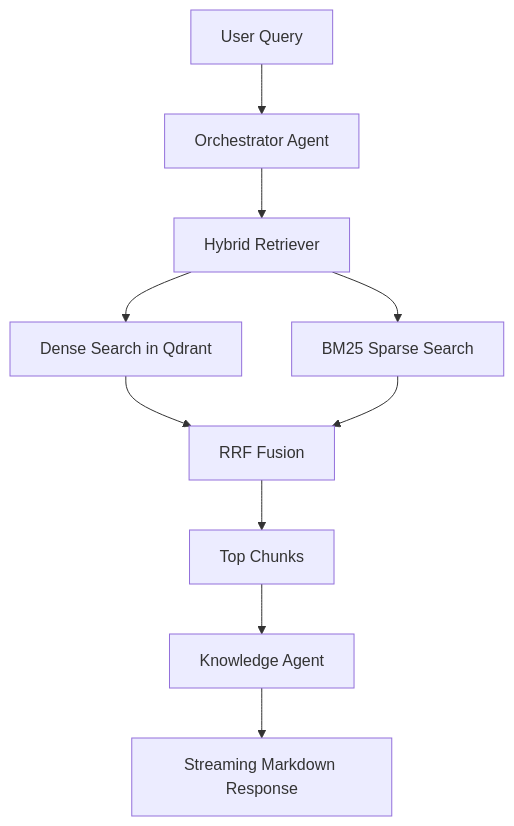
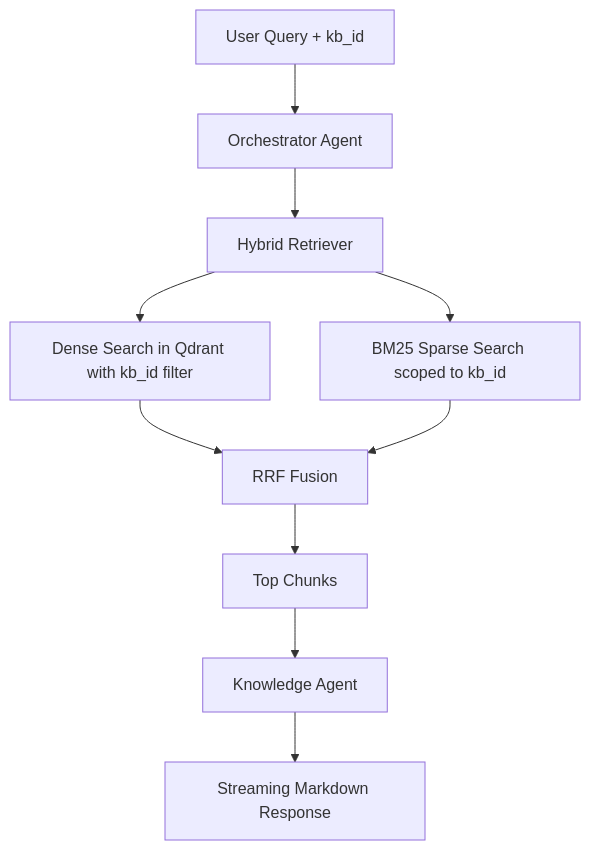
Before and after one commit to jumping2000/nanoRAG: the first of 2 diagrams in docs/architecture.md, drawn with Mermaid. The commit also changed other lines of this file and 27 other files, not shown here.

````diff
--- a/docs/architecture.md
+++ b/docs/architecture.md
@@ -24,12 +27,12 @@
 ```mermaid
 flowchart TD
-    A[User Query] --> B[Orchestrator Agent]
+    A[User Query + kb_id] --> B[Orchestrator Agent]
     B --> C[Hybrid Retriever]
-    C --> D[Dense Search in Qdrant]
-    C --> E[BM25 Sparse Search]
+    C --> D[Dense Search in Qdrant with kb_id filter]
+    C --> E[BM25 Sparse Search scoped to kb_id]
     D --> F[RRF Fusion]
     E --> F
     F --> G[Top Chunks]
     G --> H[Knowledge Agent]
     H --> I[Streaming Markdown Response]
 ```
````
